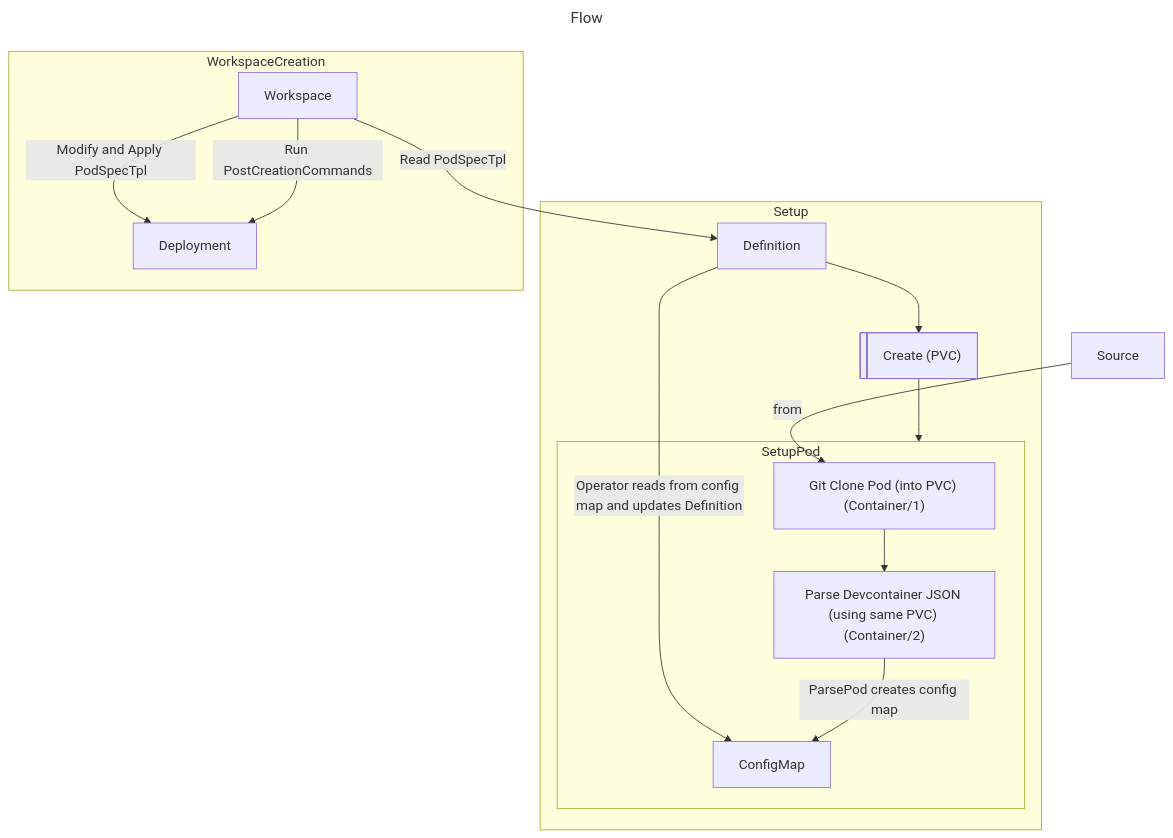
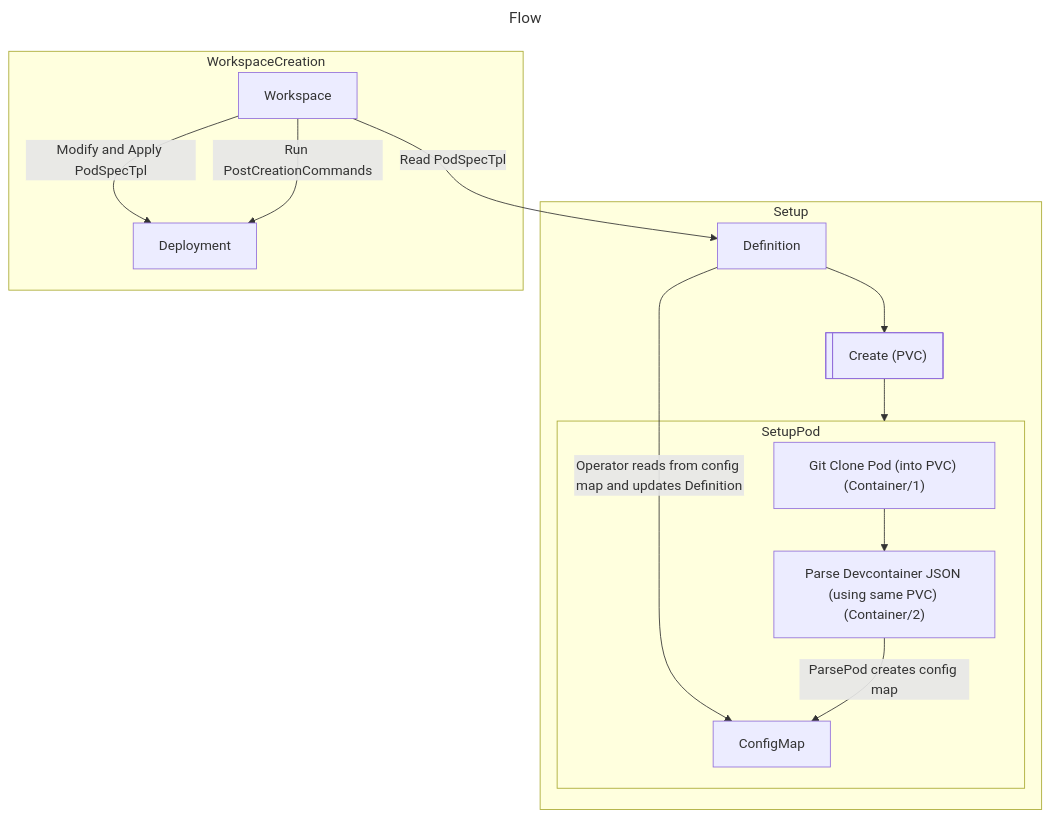
Before and after one commit to everproc/devcontainer-operator: the second of 2 diagrams in development.md, drawn with Mermaid. The commit also changed other lines of this file and 10 other files, not shown here.

````diff
--- a/development.md
+++ b/development.md
@@ -40,32 +34,28 @@
 ```mermaid
 ---
 title: Flow
 ---
 flowchart
 	PVC@{ shape: lin-rect, label: "Create (PVC)" }
 	Clone@{ label : Git Clone Pod (into PVC) (Container/1) }
 	Parse@{ label : Parse Devcontainer JSON (using same PVC) (Container/2) }
-
-
-
-	Source -->|from|Clone
 
 	subgraph Setup
 		Definition -->|Operator reads from config map and updates Definition|ConfigMap
 		Definition --> PVC
 		PVC --> SetupPod
 		subgraph SetupPod
 			Clone --> Parse
 			Parse -->|ParsePod creates config map|ConfigMap
 		end
 
 	end
 	subgraph WorkspaceCreation
 		Workspace -->|Read PodSpecTpl|Definition
 		Workspace -->|Modify and Apply PodSpecTpl|Deployment
 		Workspace -->|Run PostCreationCommands|Deployment
 	end
 
 
 
 ```
````
